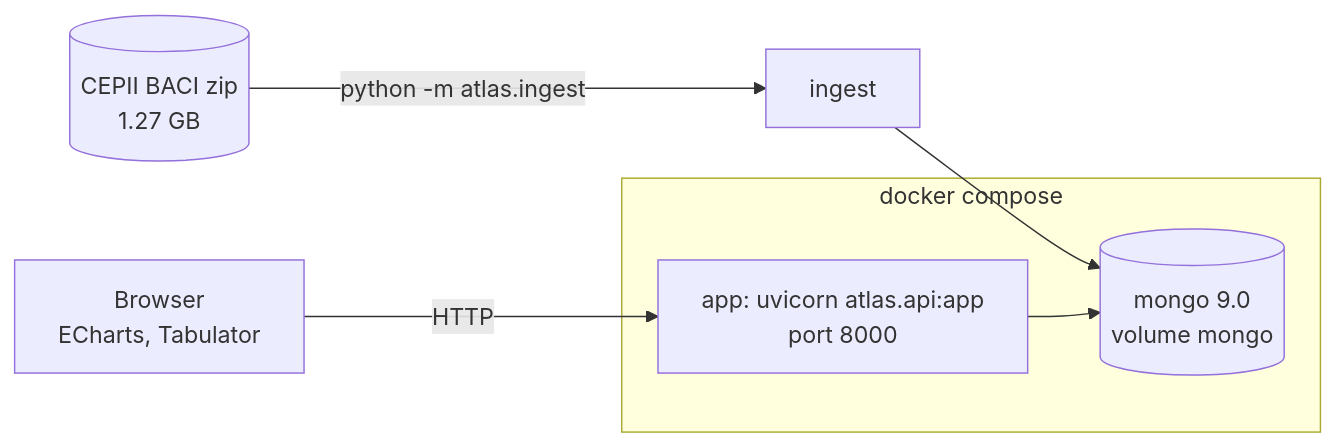
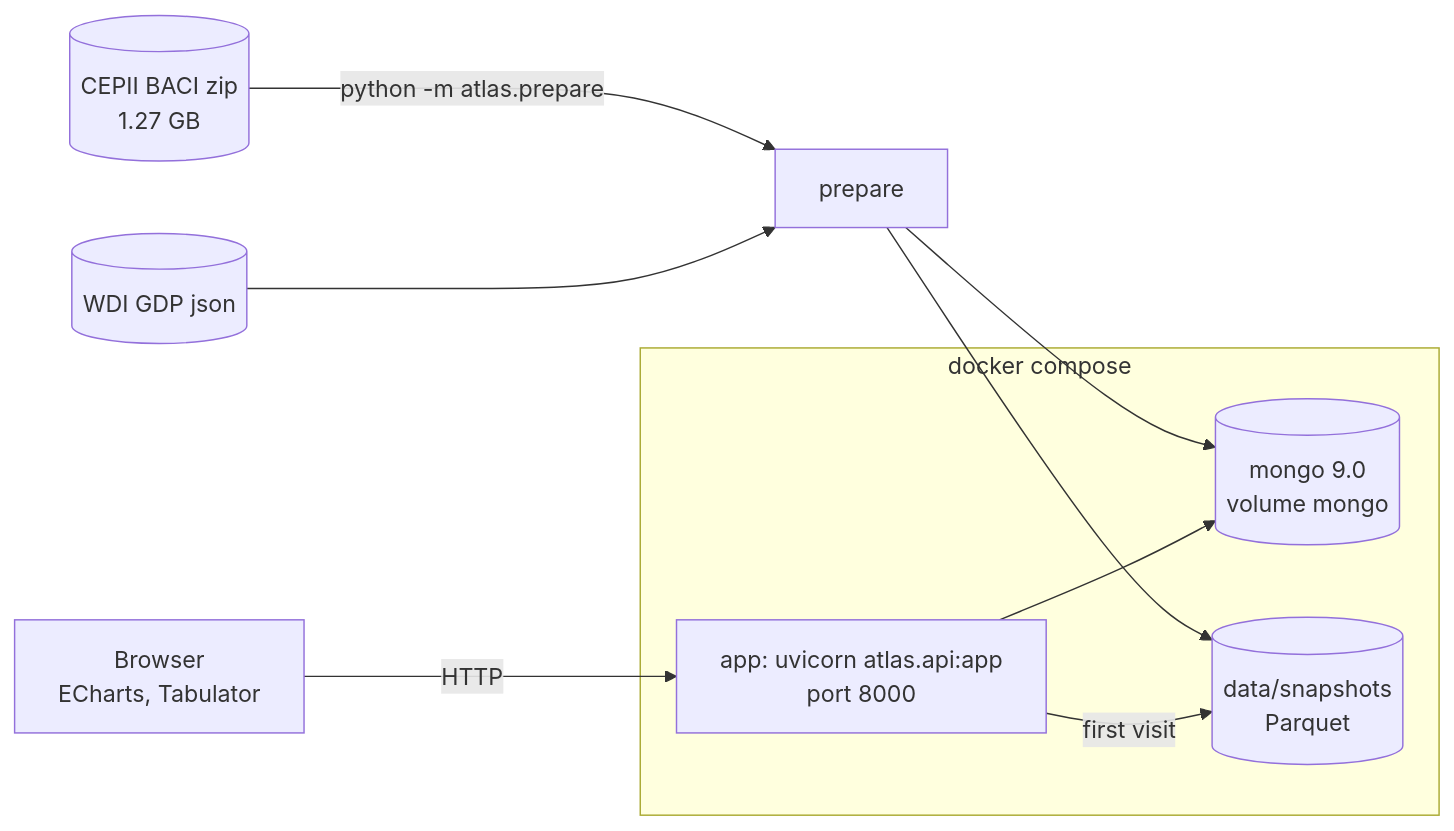
One commit to ReguiguiMohamed/AtlasOfDoubt changed the fourth of 4 diagrams in docs/conception.md. Above: the diagram before and after it, drawn with Mermaid. The commit also changed other lines of this file and 30 other files, not shown here.

````diff
--- a/docs/conception.md
+++ b/docs/conception.md
@@ -151,11 +196,15 @@
 ```mermaid
 flowchart LR
-    CEPII[(CEPII BACI zip<br>1.27 GB)] -->|python -m atlas.ingest| Ingest[ingest]
+    CEPII[(CEPII BACI zip<br>1.27 GB)] -->|python -m atlas.prepare| Prepare[prepare]
+    WDI[(WDI GDP json)] --> Prepare
     subgraph compose[docker compose]
         App[app: uvicorn atlas.api:app<br>port 8000]
         Mongo[(mongo 9.0<br>volume mongo)]
+        Parquet[(data/snapshots<br>Parquet)]
     end
-    Ingest --> Mongo
+    Prepare --> Mongo
+    Prepare --> Parquet
     App --> Mongo
+    App -->|first visit| Parquet
     Browser[Browser<br>ECharts, Tabulator] -->|HTTP| App
 ```
````
